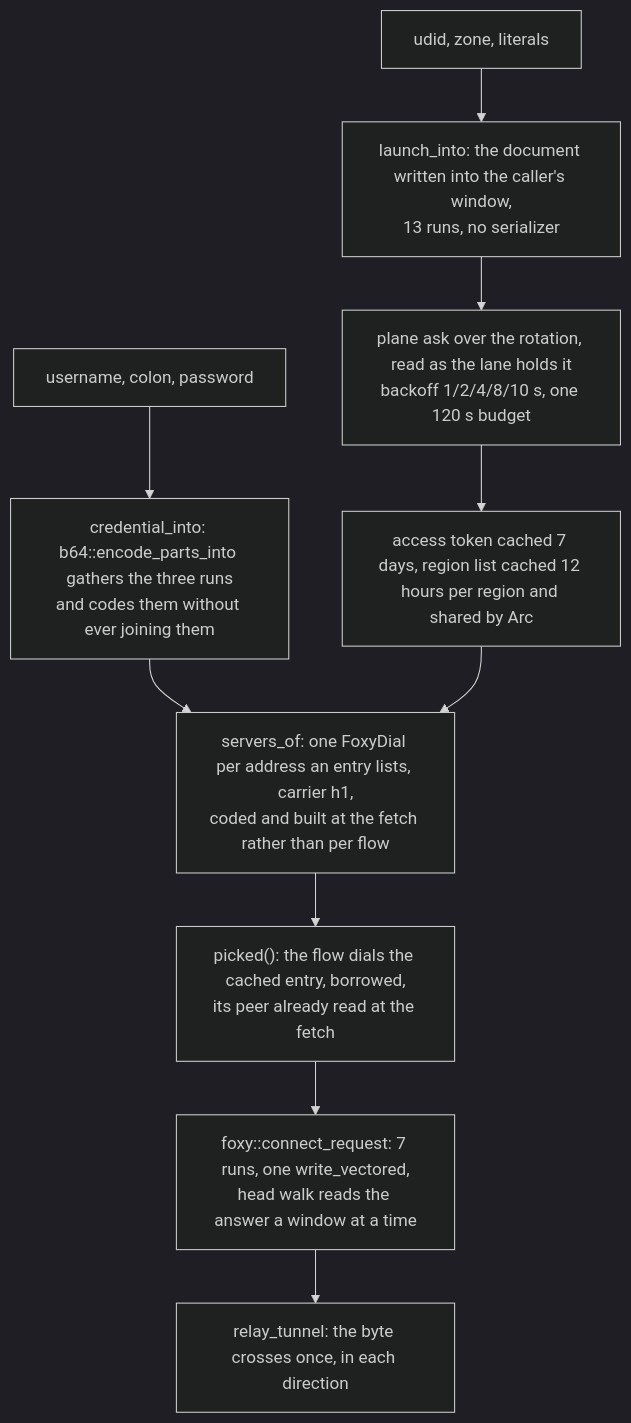
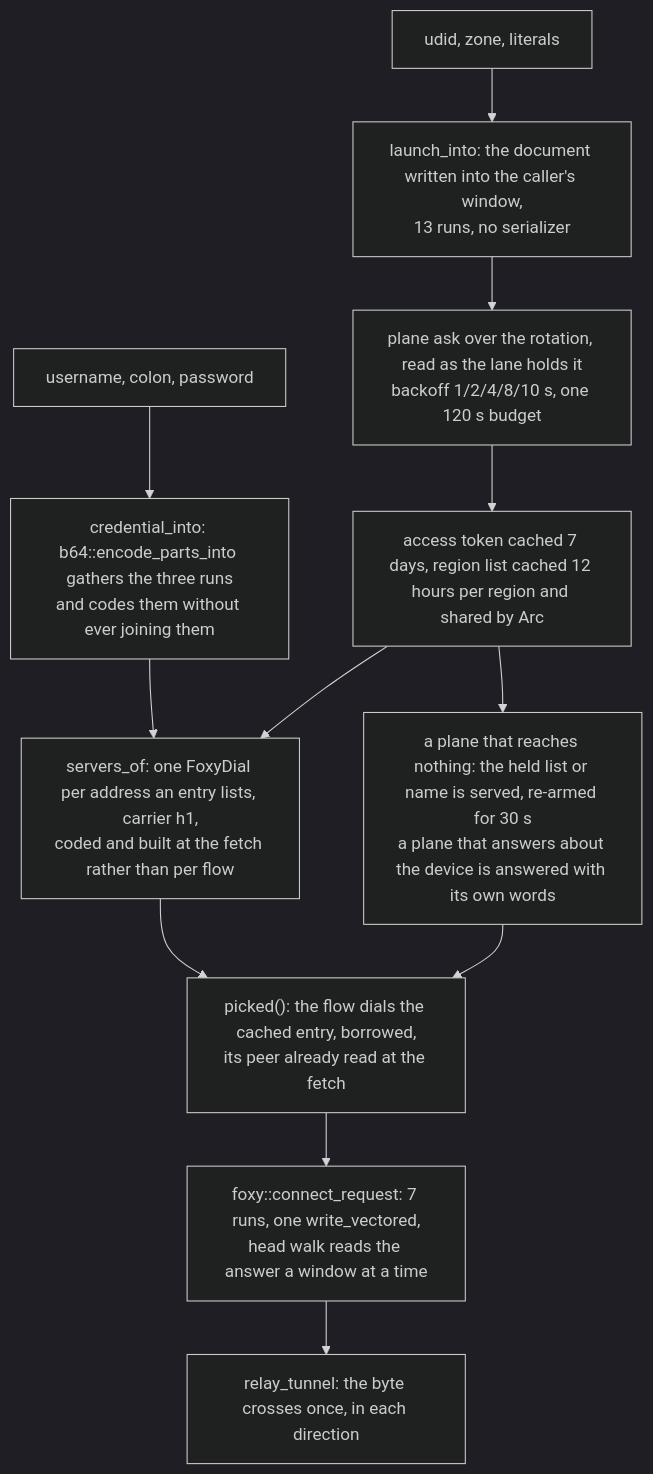
One commit to Ferrocite/ferrox changed the diagram in docs/function/carrier-veepn.md. Above: the diagram before and after it, drawn with Mermaid (dark theme). The commit also changed other lines of this file and 3 other files, not shown here.

````diff
--- a/docs/function/carrier-veepn.md
+++ b/docs/function/carrier-veepn.md
@@ -7,12 +7,14 @@
 ```mermaid
 graph TD
     A["udid, zone, literals"] --> B["launch_into: the document written into the caller's window,<br/>13 runs, no serializer"]
     C["username, colon, password"] --> D["credential_into: b64::encode_parts_into gathers the three runs<br/>and codes them without ever joining them"]
     B --> E["plane ask over the rotation, read as the lane holds it<br/>backoff 1/2/4/8/10 s, one 120 s budget"]
     E --> F["access token cached 7 days, region list cached 12 hours per region and shared by Arc"]
+    F --> J["a plane that reaches nothing: the held list or name is served, re-armed for 30 s<br/>a plane that answers about the device is answered with its own words"]
     D --> G["servers_of: one FoxyDial per address an entry lists, carrier h1,<br/>coded and built at the fetch rather than per flow"]
     F --> G
     G --> P["picked(): the flow dials the cached entry, borrowed,<br/>its peer already read at the fetch"]
+    J --> P
     P --> H["foxy::connect_request: 7 runs, one write_vectored,<br/>head walk reads the answer a window at a time"]
     H --> I["relay_tunnel: the byte crosses once, in each direction"]
 ```
````
